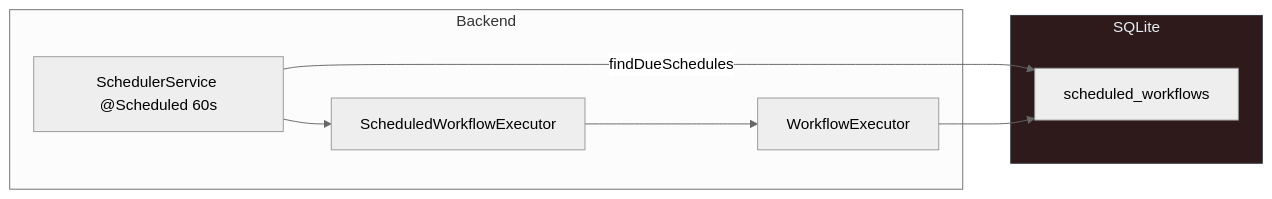
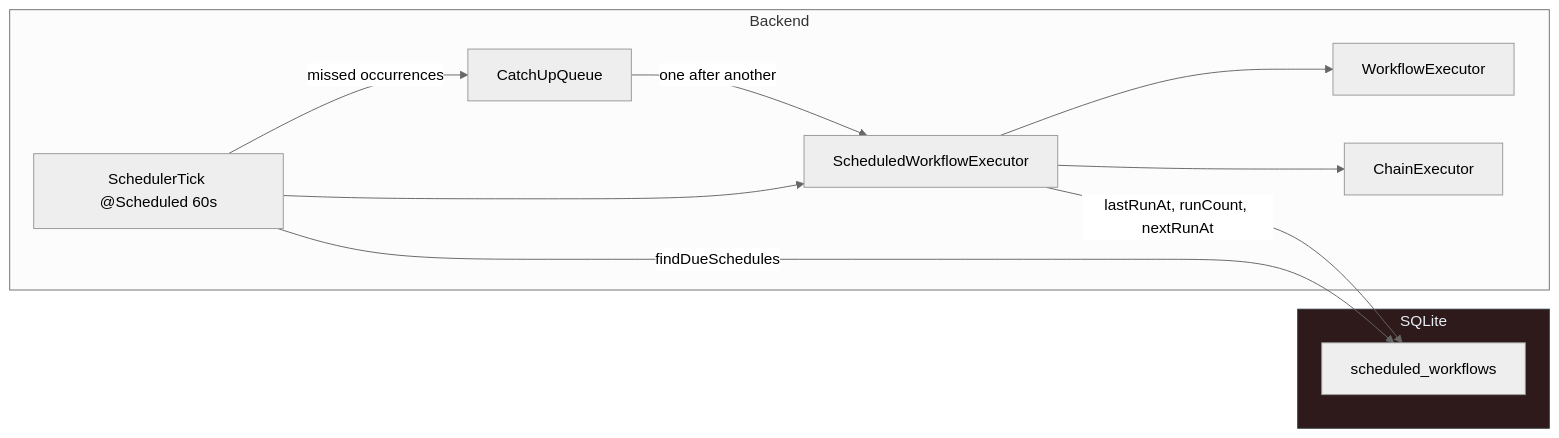
One commit to FLSEST/MySuricates changed the first of 3 diagrams in docs/en/scheduler-diagrams.md. Above: the diagram before and after it, drawn with Mermaid (neutral theme). The commit also changed other lines of this file and 5 other files, not shown here.

First line of the commit message:
docs(diagramme): Scheduler page describes SchedulerTick, DELAYED, conflict and catch-up

````diff
--- a/docs/en/scheduler-diagrams.md
+++ b/docs/en/scheduler-diagrams.md
@@ -11,17 +11,22 @@
 ```mermaid
 flowchart LR
     subgraph DB["SQLite"]
         SW["scheduled_workflows"]
     end
     subgraph Backend["Backend"]
-        SCH["SchedulerService @Scheduled 60s"]
+        SCH["SchedulerTick @Scheduled 60s"]
+        CQ["CatchUpQueue"]
         EXE["ScheduledWorkflowExecutor"]
         WE["WorkflowExecutor"]
+        CE["ChainExecutor"]
     end
     SCH -->|findDueSchedules| SW
     SCH --> EXE
+    SCH -->|"missed occurrences"| CQ
+    CQ -->|"one after another"| EXE
     EXE --> WE
-    WE --> SW
+    EXE --> CE
+    EXE -->|"lastRunAt, runCount, nextRunAt"| SW
 
     style DB fill:#2e1a1a,stroke:#30363d,color:#e6edf3
 ```
````
